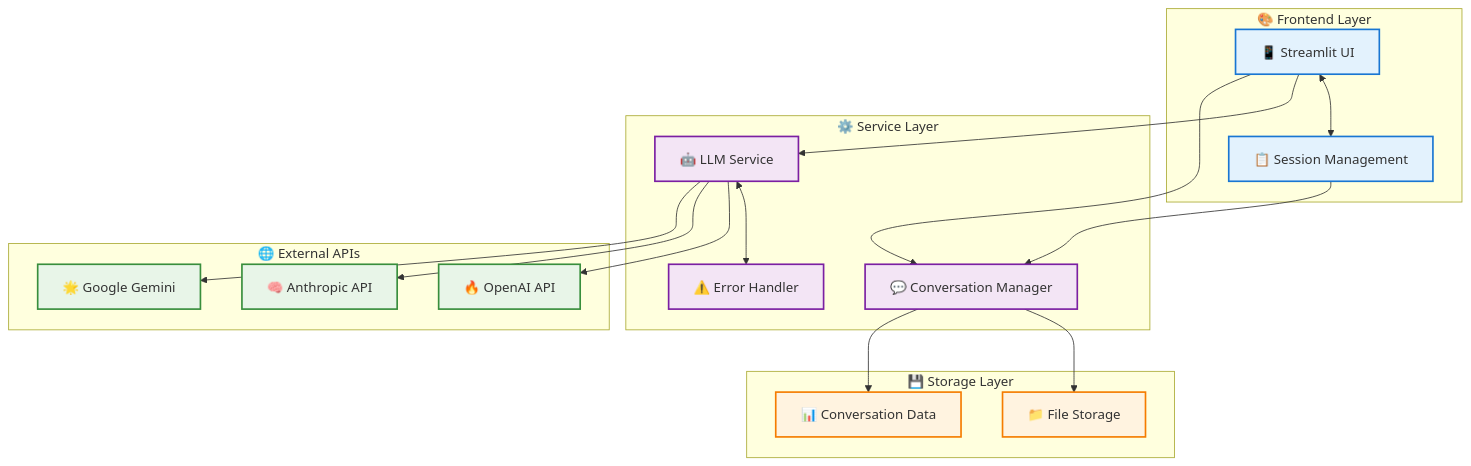
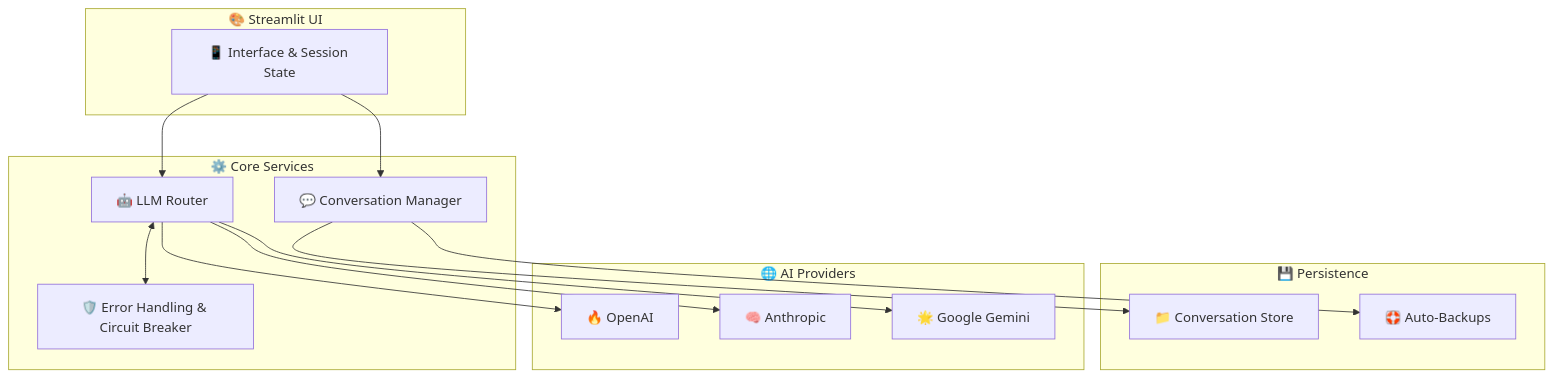
The diagram in README.md (dagny099/convoscope), drawn with Mermaid before and after one commit. The commit also changed other lines of this file, not shown here.

````diff
--- a/README.md
+++ b/README.md
@@ -186,47 +67,32 @@
 ```mermaid
 flowchart TB
-    subgraph Frontend ["🎨 Frontend Layer"]
-        UI["📱 Streamlit UI"]
-        SESSION["📋 Session Management"]
+    subgraph Frontend ["🎨 Streamlit UI"]
+        UI["📱 Interface & Session State"]
     end
 
-    subgraph Services ["⚙️ Service Layer"]
-        LLM["🤖 LLM Service"]
+    subgraph Services ["⚙️ Core Services"]
+        LLM["🤖 LLM Router"]
         CONV["💬 Conversation Manager"]
-        ERROR["⚠️ Error Handler"]
+        ERR["🛡️ Error Handling & Circuit Breaker"]
     end
 
-    subgraph Storage ["💾 Storage Layer"]
-        FILES["📁 File Storage"]
-        CONVDB["📊 Conversation Data"]
+    subgraph Storage ["💾 Persistence"]
+        FILES["📁 Conversation Store"]
+        BACKUPS["🛟 Auto-Backups"]
     end
 
-    subgraph External ["🌐 External APIs"]
-        OPENAI["🔥 OpenAI API"]
-        ANTHROPIC["🧠 Anthropic API"]
+    subgraph Providers ["🌐 AI Providers"]
+        OPENAI["🔥 OpenAI"]
+        ANTHROPIC["🧠 Anthropic"]
         GOOGLE["🌟 Google Gemini"]
     end
 
-    UI <--> SESSION
     UI --> LLM
     UI --> CONV
-
-    LLM <--> ERROR
+    LLM <--> ERR
     LLM --> OPENAI
     LLM --> ANTHROPIC
     LLM --> GOOGLE
-
     CONV --> FILES
-    CONV --> CONVDB
-    SESSION --> CONV
-
-    classDef frontend fill:#e3f2fd,stroke:#1976d2,stroke-width:2px
-    classDef services fill:#f3e5f5,stroke:#7b1fa2,stroke-width:2px
-    classDef storage fill:#fff3e0,stroke:#f57c00,stroke-width:2px
-    classDef external fill:#e8f5e8,stroke:#388e3c,stroke-width:2px
-
-    class UI,SESSION frontend
-    class LLM,CONV,ERROR services
-    class FILES,CONVDB storage
-    class OPENAI,ANTHROPIC,GOOGLE external
+    CONV --> BACKUPS
 ```
````
